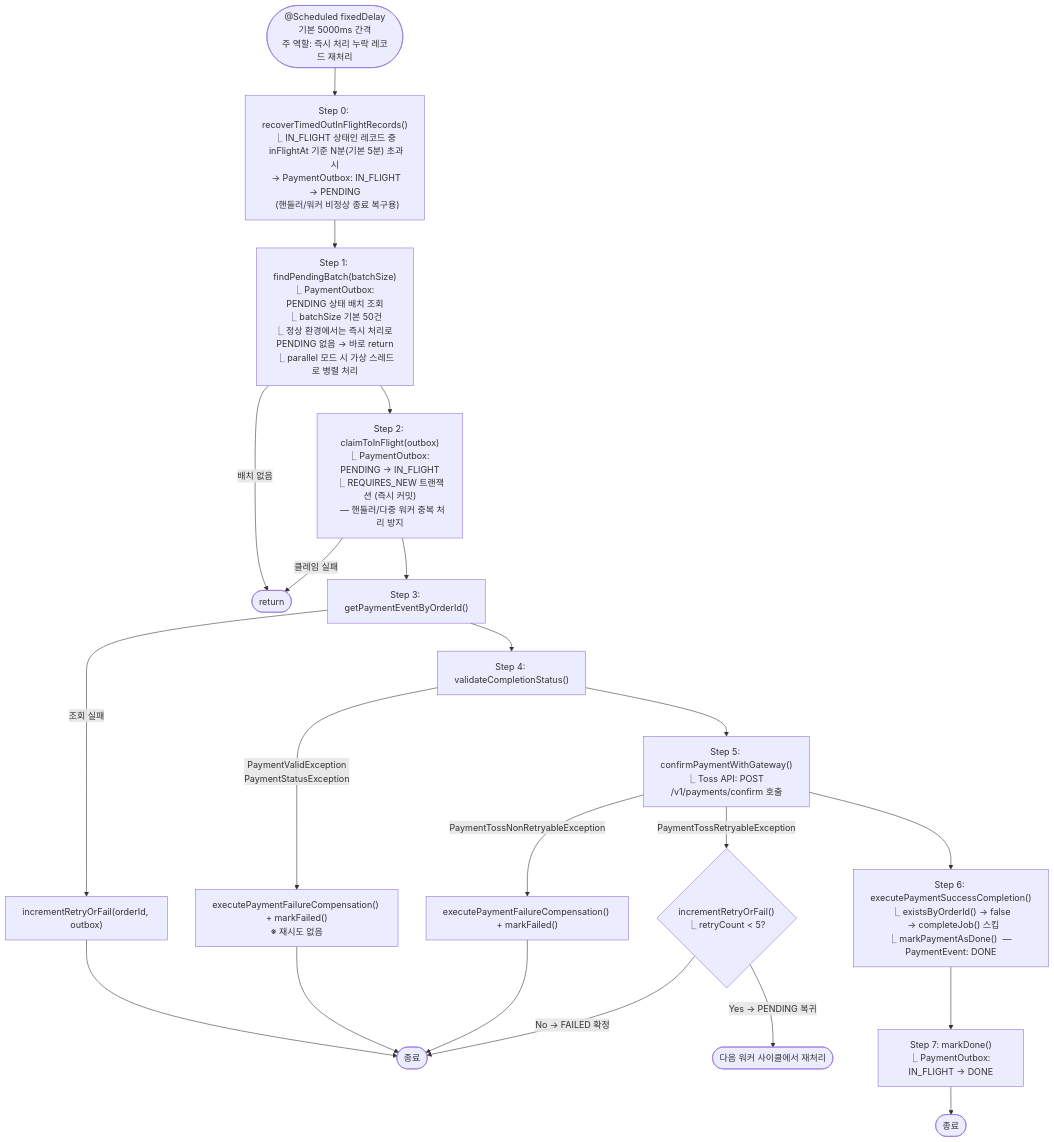
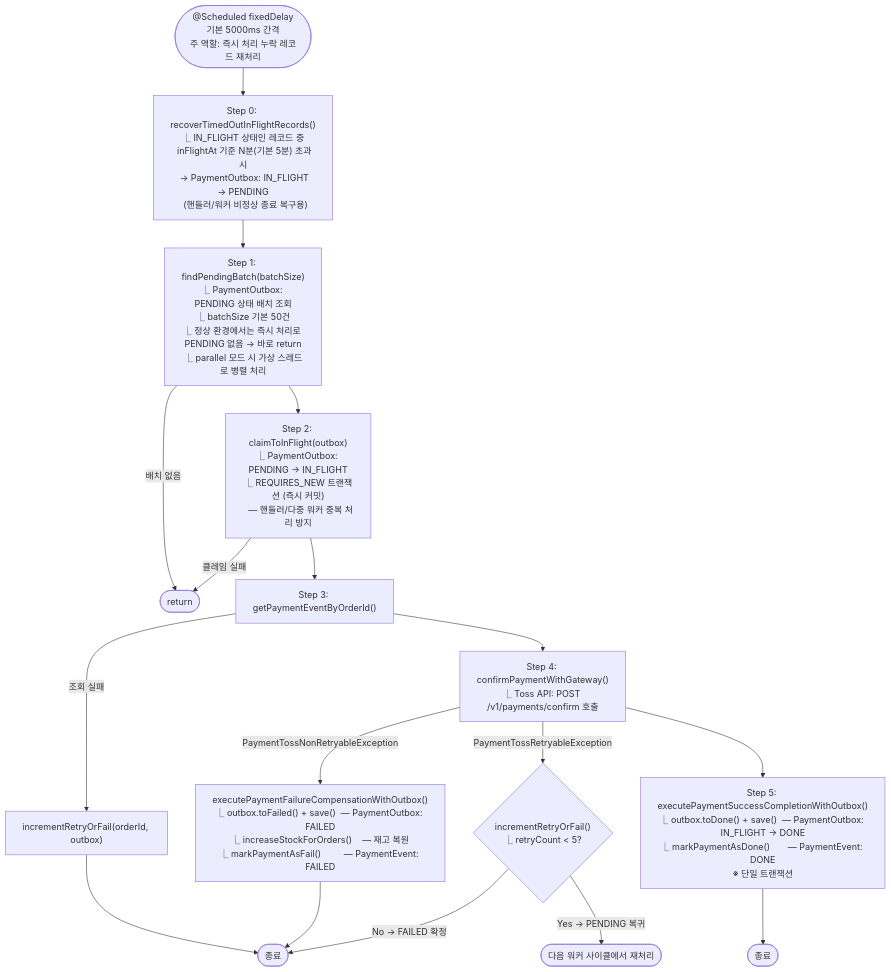
One commit to hyoguoo/payment-platform changed the fourth of 6 diagrams in docs/context/CONFIRM-FLOW-FLOWCHART.md. Above: the diagram before and after it, drawn with Mermaid. The commit also changed other lines of this file and 3 other files, not shown here.

````diff
--- a/docs/context/CONFIRM-FLOW-FLOWCHART.md
+++ b/docs/context/CONFIRM-FLOW-FLOWCHART.md
@@ -170,44 +167,35 @@
 ```mermaid
 flowchart TD
     S(["@Scheduled fixedDelay\n기본 5000ms 간격\n주 역할: 즉시 처리 누락 레코드 재처리"]) --> R
 
     R["Step 0: recoverTimedOutInFlightRecords()\n⎿ IN_FLIGHT 상태인 레코드 중\n  inFlightAt 기준 N분(기본 5분) 초과 시\n  → PaymentOutbox: IN_FLIGHT → PENDING\n  (핸들러/워커 비정상 종료 복구용)"]
     R --> P
 
     P["Step 1: findPendingBatch(batchSize)\n⎿ PaymentOutbox: PENDING 상태 배치 조회\n⎿ batchSize 기본 50건\n⎿ 정상 환경에서는 즉시 처리로 PENDING 없음 → 바로 return\n⎿ parallel 모드 시 가상 스레드로 병렬 처리"]
     P -->|배치 없음| SKIP([return])
     P --> C
 
     C["Step 2: claimToInFlight(outbox)\n⎿ PaymentOutbox: PENDING → IN_FLIGHT\n⎿ REQUIRES_NEW 트랜잭션 (즉시 커밋)\n  — 핸들러/다중 워커 중복 처리 방지"]
     C -->|"클레임 실패"| SKIP
     C --> G
 
     G["Step 3: getPaymentEventByOrderId()"]
     G -->|조회 실패| G_FAIL
     G_FAIL["incrementRetryOrFail(orderId, outbox)"]
     G_FAIL --> Z_END([종료])
-    G --> V
+    G --> F
 
-    V["Step 4: validateCompletionStatus()"]
-    V -->|"PaymentValidException\nPaymentStatusException"| V_FAIL
-    V_FAIL["executePaymentFailureCompensation() + markFailed()\n※ 재시도 없음"]
-    V_FAIL --> Z_END
-
-    V --> F
-
-    F["Step 5: confirmPaymentWithGateway()\n⎿ Toss API: POST /v1/payments/confirm 호출"]
+    F["Step 4: confirmPaymentWithGateway()\n⎿ Toss API: POST /v1/payments/confirm 호출"]
     F -->|PaymentTossNonRetryableException| F_NR
-    F_NR["executePaymentFailureCompensation() + markFailed()"]
+    F_NR["executePaymentFailureCompensationWithOutbox()\n⎿ outbox.toFailed() + save()  — PaymentOutbox: FAILED\n⎿ increaseStockForOrders()    — 재고 복원\n⎿ markPaymentAsFail()         — PaymentEvent: FAILED"]
     F_NR --> Z_END
 
     F -->|PaymentTossRetryableException| F_R
     F_R{"incrementRetryOrFail()\n⎿ retryCount < 5?"}
     F_R -->|"Yes → PENDING 복귀"| RETRY(["다음 워커 사이클에서 재처리"])
     F_R -->|"No → FAILED 확정"| Z_END
 
     F --> E
-    E["Step 6: executePaymentSuccessCompletion()\n⎿ existsByOrderId() → false\n  → completeJob() 스킵\n⎿ markPaymentAsDone()  — PaymentEvent: DONE"]
-    E --> D2
-    D2["Step 7: markDone()\n⎿ PaymentOutbox: IN_FLIGHT → DONE"]
-    D2 --> Z_OK([종료])
+    E["Step 5: executePaymentSuccessCompletionWithOutbox()\n⎿ outbox.toDone() + save()  — PaymentOutbox: IN_FLIGHT → DONE\n⎿ markPaymentAsDone()       — PaymentEvent: DONE\n※ 단일 트랜잭션"]
+    E --> Z_OK([종료])
 ```
````
